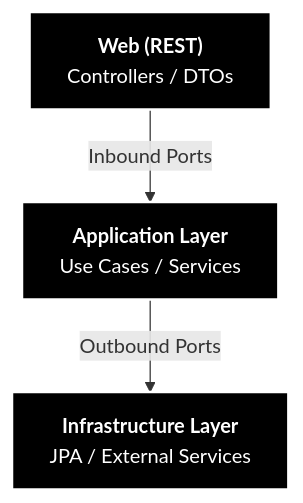
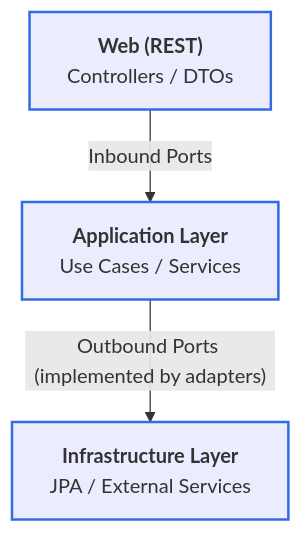
One commit to rmnresende/bridgetalk changed the first of 2 diagrams in README.md. Above: the diagram before and after it, drawn with Mermaid. The commit also changed other lines of this file and 1 other file, not shown here.

````diff
--- a/README.md
+++ b/README.md
@@ -69,14 +87,12 @@
 ```mermaid
 graph TD
-%% Configuração de Estilo: Fundo Preto, Texto Branco
-    classDef darkLayer fill:#000,stroke:#fff,stroke-width:2px,color:#fff;
+    classDef layerStyle stroke-width:2px,stroke:#326ce5;
 
-    Web["<b>Web (REST)</b><br/>Controllers / DTOs"]:::darkLayer
-    App["<b>Application Layer</b><br/>Use Cases / Services"]:::darkLayer
-    Infra["<b>Infrastructure Layer</b><br/>JPA / External Services"]:::darkLayer
+    Web["<b>Web (REST)</b><br/>Controllers / DTOs"]:::layerStyle
+    App["<b>Application Layer</b><br/>Use Cases / Services"]:::layerStyle
+    Infra["<b>Infrastructure Layer</b><br/>JPA / External Services"]:::layerStyle
 
-%% Conexões
     Web -- "Inbound Ports" --> App
-    App -- "Outbound Ports" --> Infra
+    App -- "Outbound Ports (implemented by adapters)" --> Infra
 
 ```                                                                                       
````
